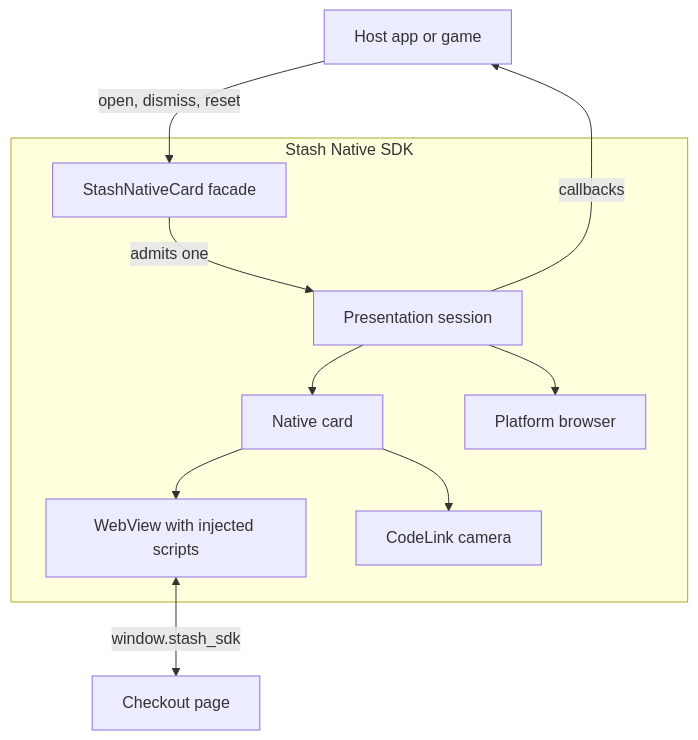
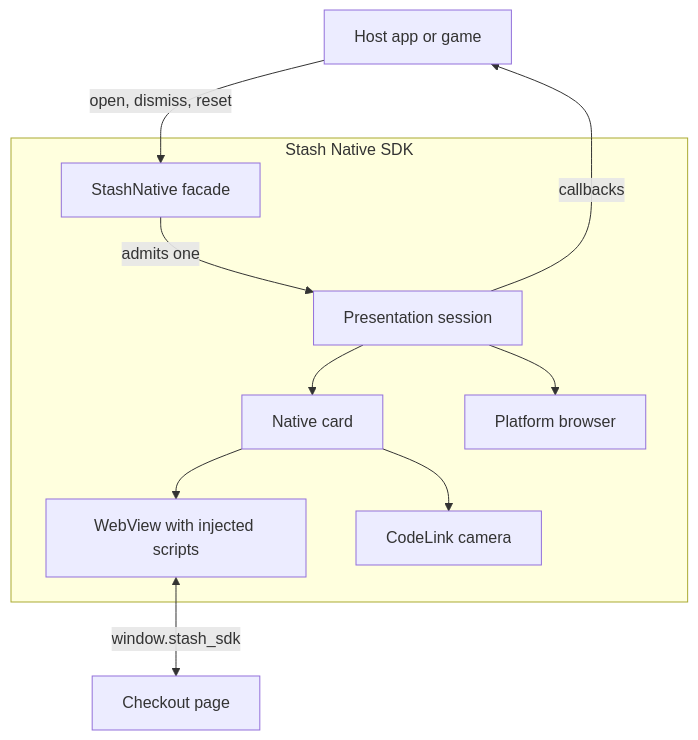
One commit to stashgg/stash-native changed the first of 4 diagrams in docs/architecture/index.md. Above: the diagram before and after it, drawn with Mermaid. The commit also changed other lines of this file and 92 other files, not shown here.

````diff
--- a/docs/architecture/index.md
+++ b/docs/architecture/index.md
@@ -14,23 +14,23 @@
 ```mermaid
 flowchart TB
     App[Host app or game]
     Page[Checkout page]
 
     subgraph SDK [Stash Native SDK]
-        Facade[StashNativeCard facade]
+        Facade[StashNative facade]
         Session[Presentation session]
         Surface[Native card]
         Web[WebView with injected scripts]
         Camera[CodeLink camera]
         Browser[Platform browser]
     end
 
     App -->|open, dismiss, reset| Facade
     Facade -->|admits one| Session
     Session --> Surface
     Surface --> Web
     Surface --> Camera
     Session --> Browser
     Web <-->|window.stash_sdk| Page
     Session -->|callbacks| App
 ```
````
